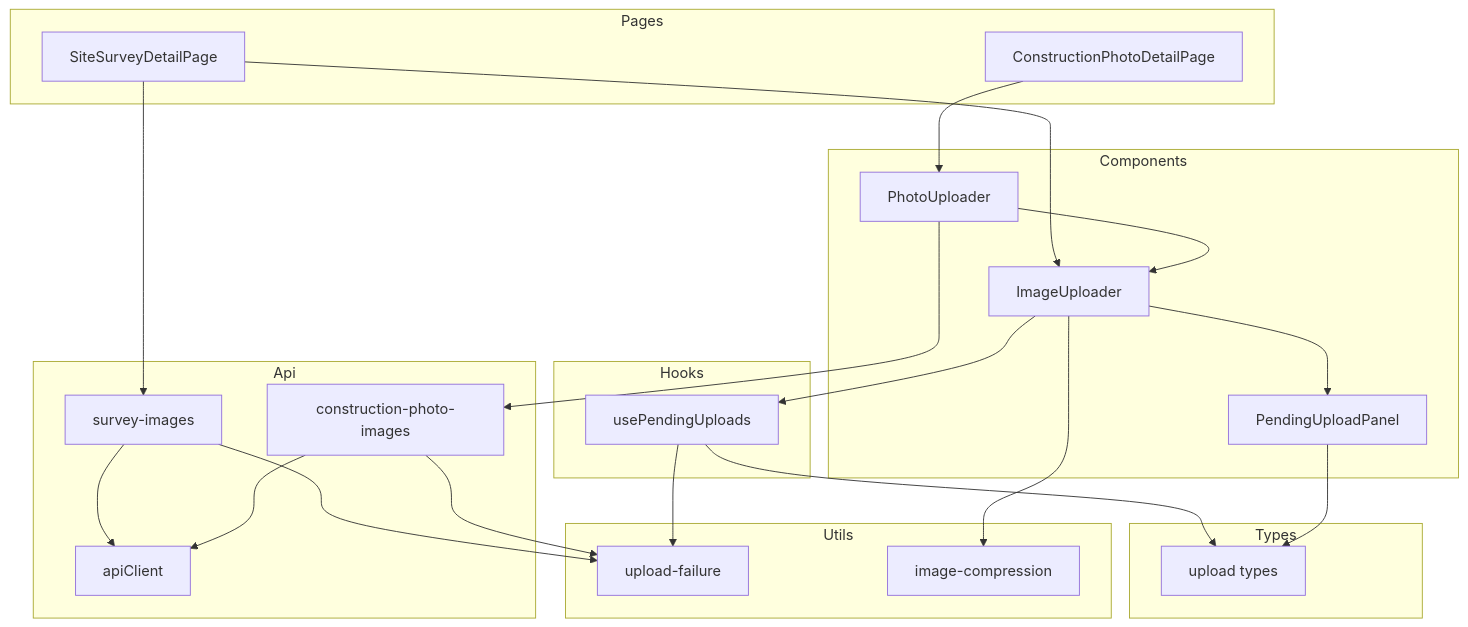
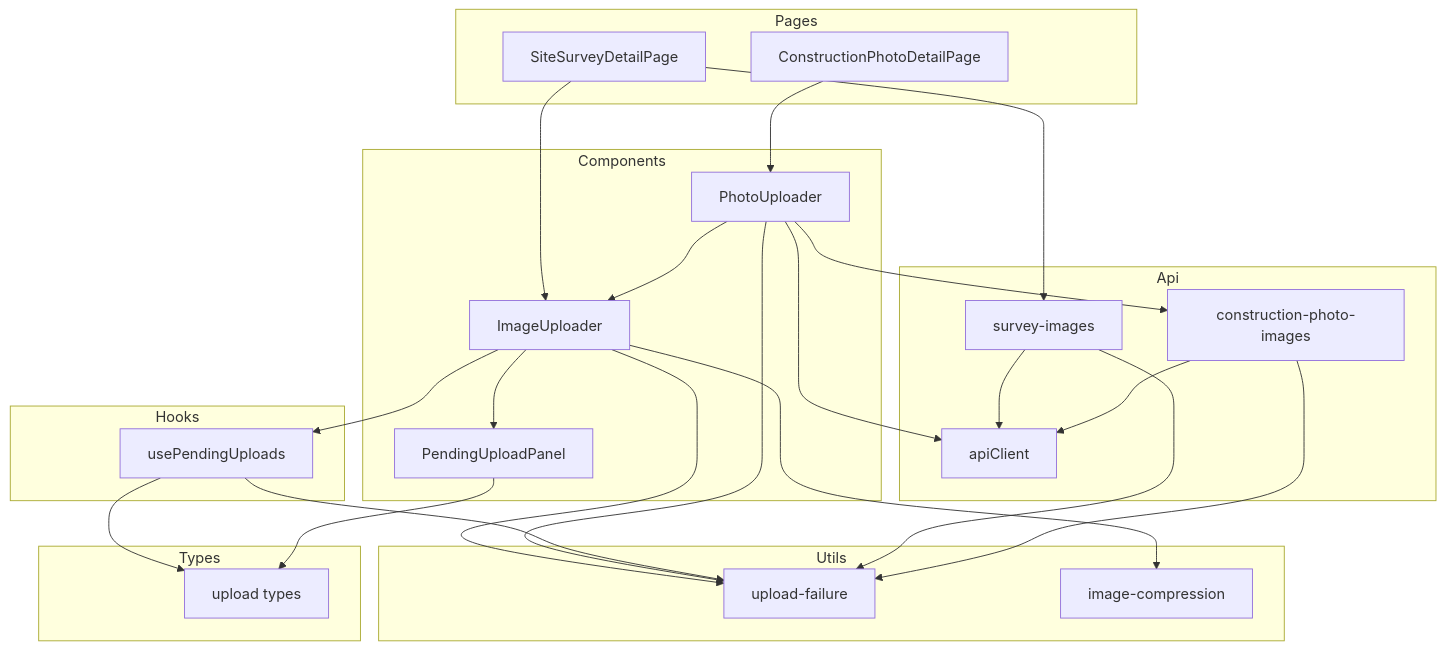
One commit to inakanou/ArchiTrack changed diagram 27 of 29 in .kiro/specs/site-survey/design.md. Above: the diagram before and after it, drawn with Mermaid. The commit also changed 1 other file, not shown here.

Commit message:
docs(site-survey): 構成図を実装に合わせフェーズを完了へ更新する
例外時の失敗分類のため実装で追加した3本の依存を構成図へ反映した。いずれも許可された
依存方向の範囲内である。

フィーチャレベルの検証で受入基準21件すべてが実装へ写像され、依存方向の違反と境界の
侵犯がないことを確認したため、フェーズを実装完了とした。

````diff
--- a/.kiro/specs/site-survey/design.md
+++ b/.kiro/specs/site-survey/design.md
@@ -6196,43 +6196,46 @@
 ```mermaid
 graph TB
     subgraph Pages
         SurveyPage[SiteSurveyDetailPage]
         PhotoPage[ConstructionPhotoDetailPage]
     end
     subgraph Components
         Uploader[ImageUploader]
         Panel[PendingUploadPanel]
         PhotoUploader[PhotoUploader]
     end
     subgraph Hooks
         Pending[usePendingUploads]
     end
     subgraph Api
         SurveyApi[survey-images]
         PhotoApi[construction-photo-images]
         Client[apiClient]
     end
     subgraph Utils
         Classify[upload-failure]
         Compress[image-compression]
     end
     subgraph Types
         UploadTypes[upload types]
     end
 
     SurveyPage --> Uploader
     PhotoPage --> PhotoUploader
     PhotoUploader --> Uploader
     Uploader --> Pending
     Uploader --> Panel
     Uploader --> Compress
+    Uploader --> Classify
+    PhotoUploader --> Classify
+    PhotoUploader --> Client
     Pending --> Classify
     Pending --> UploadTypes
     Panel --> UploadTypes
     SurveyPage --> SurveyApi
     PhotoUploader --> PhotoApi
     SurveyApi --> Client
     PhotoApi --> Client
     SurveyApi --> Classify
     PhotoApi --> Classify
 ```
````
